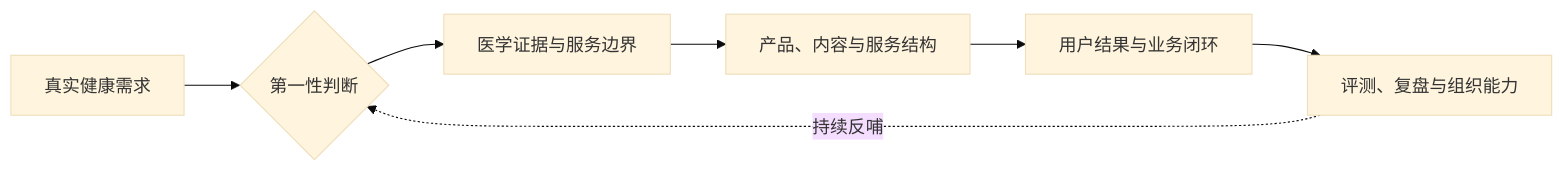
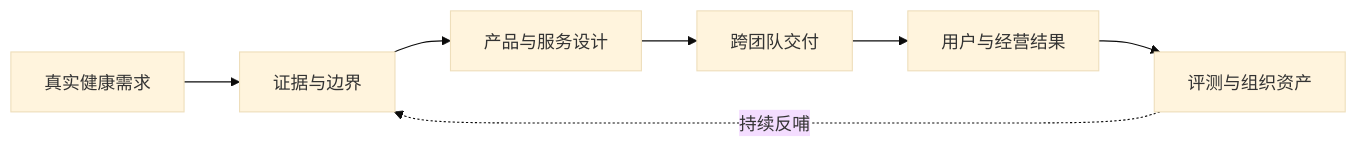
Before and after one commit to televgtamfe-coder/digital-health-care: the first of 5 diagrams in README.md, drawn with Mermaid (base theme). The commit also changed other lines of this file, not shown here.

````diff
--- a/README.md
+++ b/README.md
@@ -25,9 +23,9 @@
 ```mermaid
 flowchart LR
-    A["真实健康需求"] --> B{"第一性判断"}
-    B --> C["医学证据与服务边界"]
-    C --> D["产品、内容与服务结构"]
-    D --> E["用户结果与业务闭环"]
-    E --> F["评测、复盘与组织能力"]
+    A["真实健康需求"] --> B["证据与边界"]
+    B --> C["产品与服务设计"]
+    C --> D["跨团队交付"]
+    D --> E["用户与经营结果"]
+    E --> F["评测与组织资产"]
     F -. "持续反哺" .-> B
 ```
````
